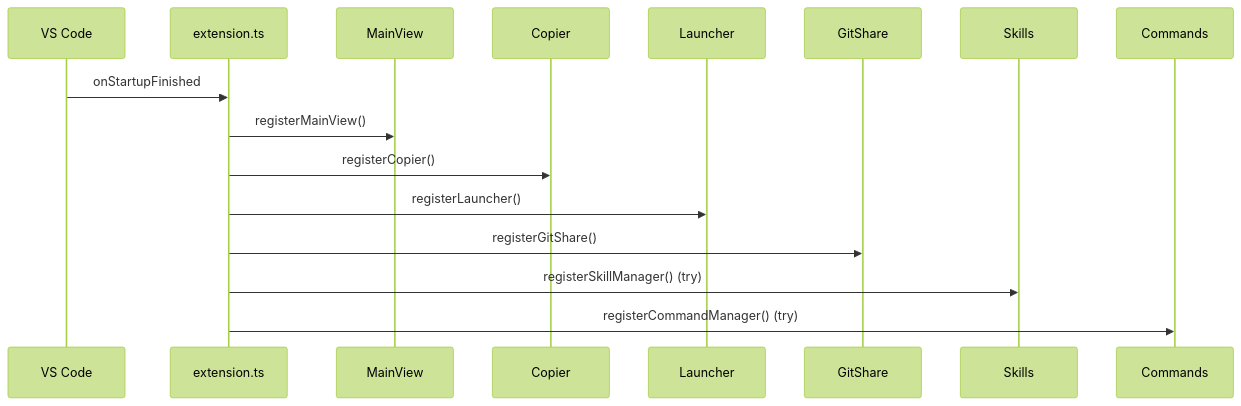
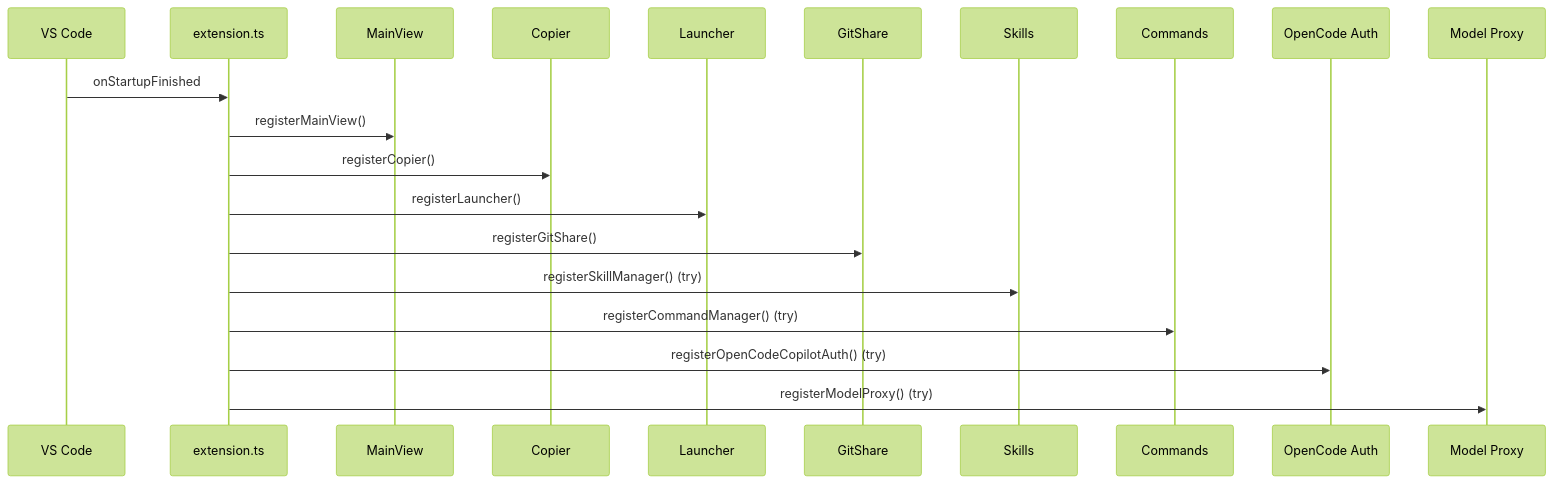
The second of 5 diagrams in .agents/skills/ampify-dev-guide/references/architecture.md (NAMEWTA/Ampify), drawn with Mermaid (forest theme) before and after one commit. The commit also changed other lines of this file and 14 other files, not shown here.

````diff
--- a/.agents/skills/ampify-dev-guide/references/architecture.md
+++ b/.agents/skills/ampify-dev-guide/references/architecture.md
@@ -48,19 +56,23 @@
 ```mermaid
 sequenceDiagram
     participant VS as VS Code
     participant EXT as extension.ts
     participant MV as MainView
     participant COP as Copier
     participant LAU as Launcher
     participant GIT as GitShare
     participant SKI as Skills
     participant CMD as Commands
+    participant OPA as OpenCode Auth
+    participant MP as Model Proxy
 
     VS->>EXT: onStartupFinished
     EXT->>MV: registerMainView()
     EXT->>COP: registerCopier()
     EXT->>LAU: registerLauncher()
     EXT->>GIT: registerGitShare()
     EXT->>SKI: registerSkillManager() (try)
     EXT->>CMD: registerCommandManager() (try)
+    EXT->>OPA: registerOpenCodeCopilotAuth() (try)
+    EXT->>MP: registerModelProxy() (try)
 ```
````
